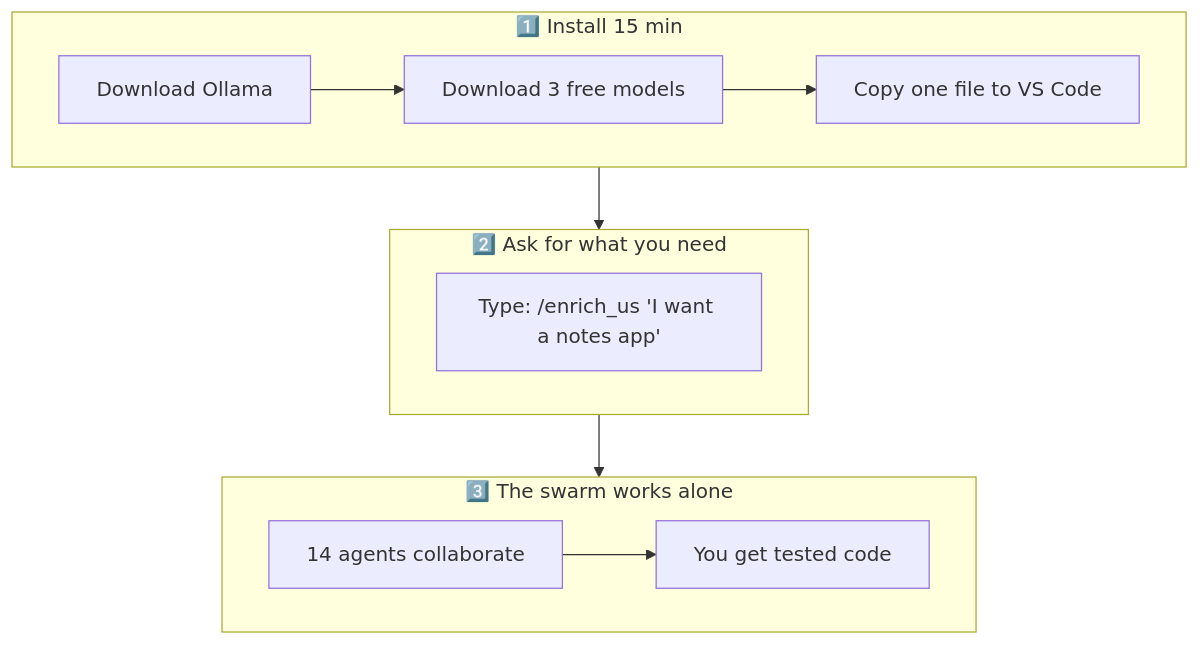
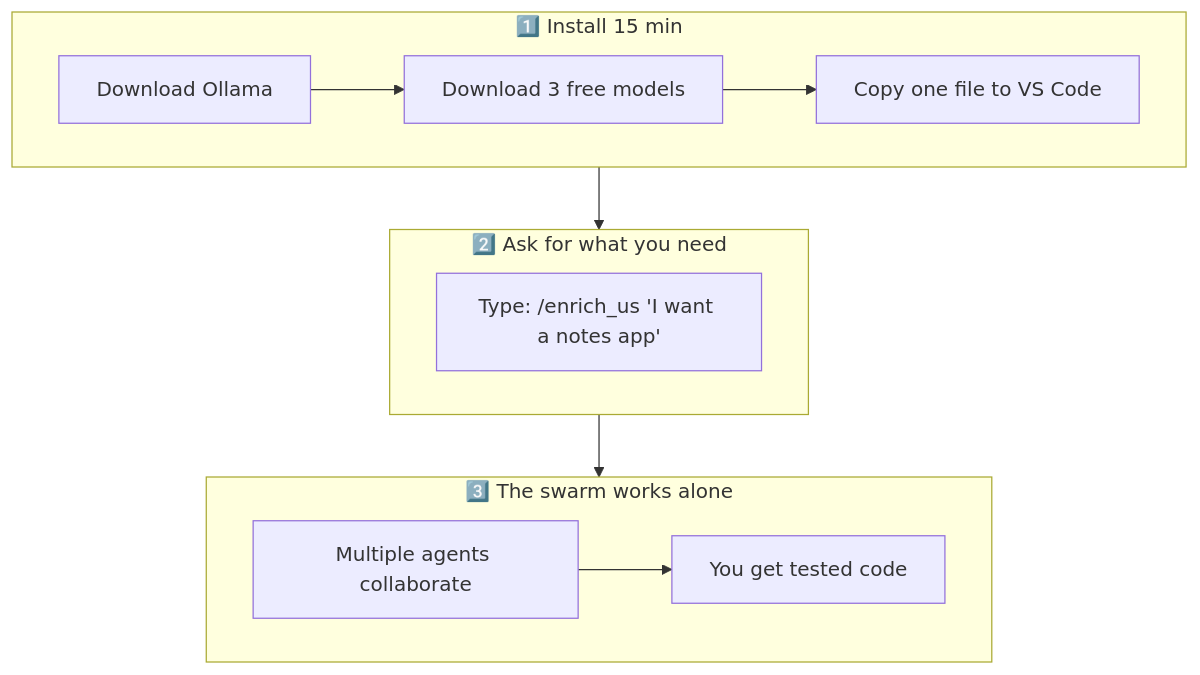
One commit to Aquilesnake/COALA-SwarmOps changed the second of 6 diagrams in README.md. Above: the diagram before and after it, drawn with Mermaid. The commit also changed other lines of this file and 6 other files, not shown here.

````diff
--- a/README.md
+++ b/README.md
@@ -58,16 +58,16 @@
 ```mermaid
 flowchart TB
     subgraph Step1["1️⃣ Install 15 min"]
         S1A[Download Ollama] --> S1B[Download 3 free models] --> S1C[Copy one file to VS Code]
     end
 
     subgraph Step2["2️⃣ Ask for what you need"]
         S2A["Type: /enrich_us 'I want a notes app'"]
     end
 
     subgraph Step3["3️⃣ The swarm works alone"]
-        S3A[14 agents collaborate] --> S3B[You get tested code]
+        S3A[Multiple agents collaborate] --> S3B[You get tested code]
     end
 
     Step1 --> Step2 --> Step3
 ```
````
